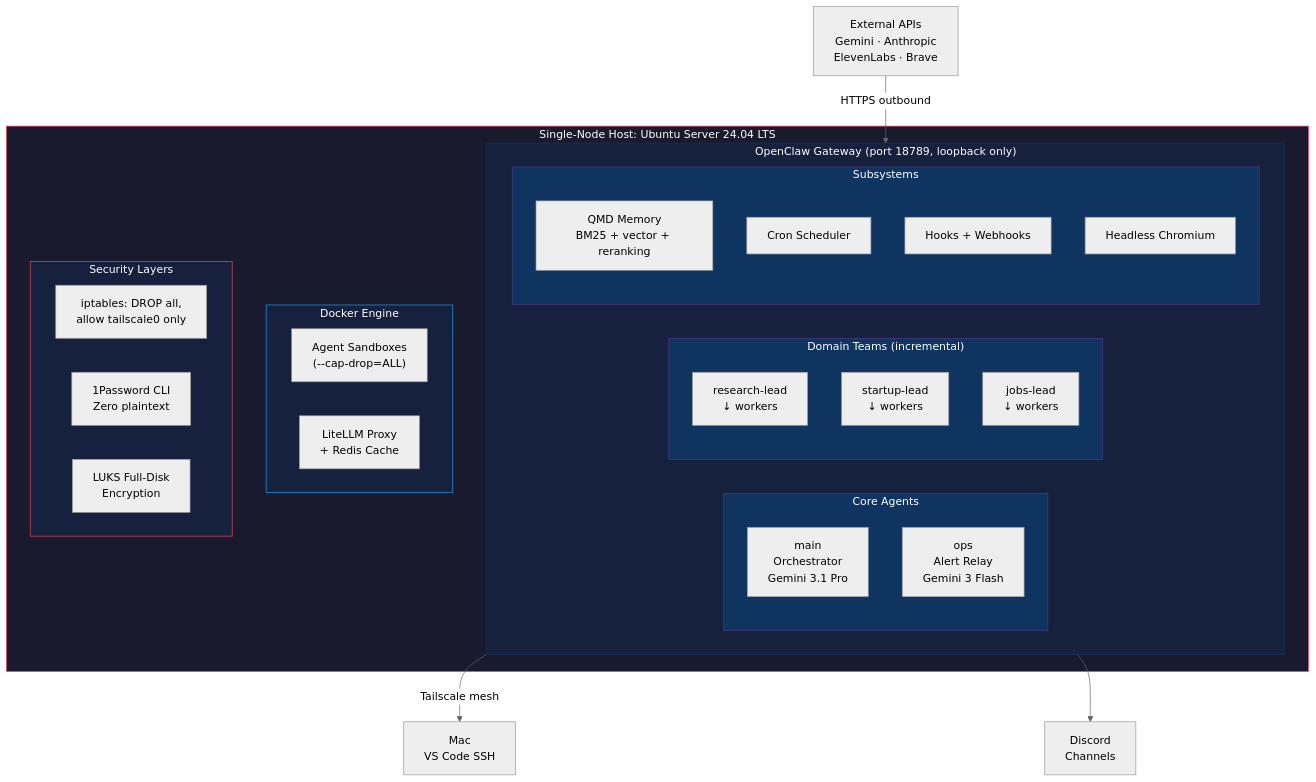
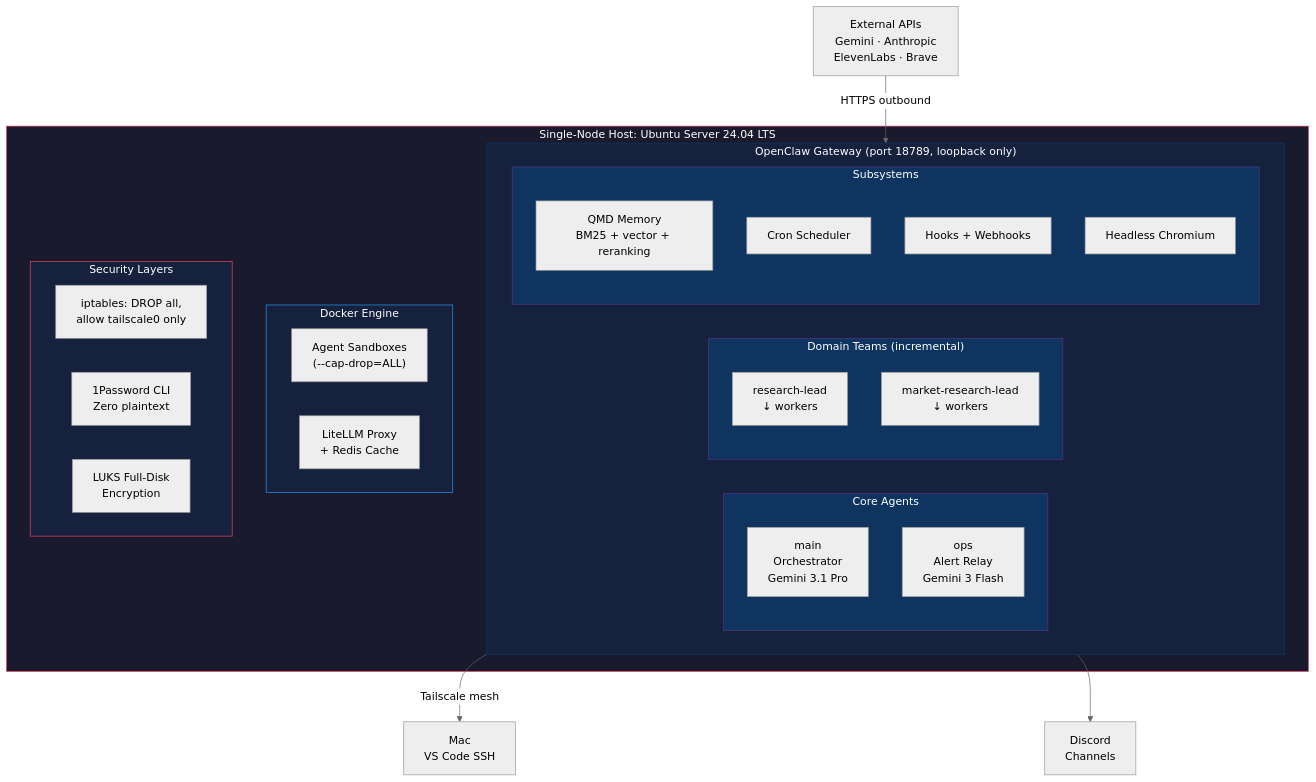
The diagram in README.md (AIJSAI/hive-showcase), drawn with Mermaid (neutral theme) before and after one commit. The commit also changed other lines of this file, not shown here.

````diff
--- a/README.md
+++ b/README.md
@@ -23,43 +23,42 @@
 ```mermaid
 graph TB
     subgraph Host["Single-Node Host: Ubuntu Server 24.04 LTS"]
         subgraph Gateway["OpenClaw Gateway (port 18789, loopback only)"]
             subgraph Core["Core Agents"]
                 main["main<br/>Orchestrator<br/>Gemini 3.1 Pro"]
                 ops["ops<br/>Alert Relay<br/>Gemini 3 Flash"]
             end
             subgraph Teams["Domain Teams (incremental)"]
                 research["research-lead<br/>↓ workers"]
-                startup["startup-lead<br/>↓ workers"]
-                jobs["jobs-lead<br/>↓ workers"]
+                market["market-research-lead<br/>↓ workers"]
             end
             subgraph Subs["Subsystems"]
                 qmd["QMD Memory<br/>BM25 + vector + reranking"]
                 cron["Cron Scheduler"]
                 hooks["Hooks + Webhooks"]
                 chromium["Headless Chromium"]
             end
         end
         subgraph Docker["Docker Engine"]
             sandbox["Agent Sandboxes<br/>(--cap-drop=ALL)"]
             litellm["LiteLLM Proxy<br/>+ Redis Cache"]
         end
         subgraph Security["Security Layers"]
             ipt["iptables: DROP all,<br/>allow tailscale0 only"]
             op["1Password CLI<br/>Zero plaintext"]
             luks["LUKS Full-Disk<br/>Encryption"]
         end
     end
 
     APIs["External APIs<br/>Gemini · Anthropic<br/>ElevenLabs · Brave"] -->|HTTPS outbound| Gateway
     Gateway -->|Tailscale mesh| Mac["Mac<br/>VS Code SSH"]
     Gateway --> Discord["Discord<br/>Channels"]
 
     style Host fill:#1a1a2e,stroke:#e94560,color:#fff
     style Gateway fill:#16213e,stroke:#0f3460,color:#fff
     style Core fill:#0f3460,stroke:#533483,color:#fff
     style Teams fill:#0f3460,stroke:#533483,color:#fff
     style Subs fill:#0f3460,stroke:#533483,color:#fff
     style Docker fill:#16213e,stroke:#2496ED,color:#fff
     style Security fill:#16213e,stroke:#e94560,color:#fff
 ```
````
